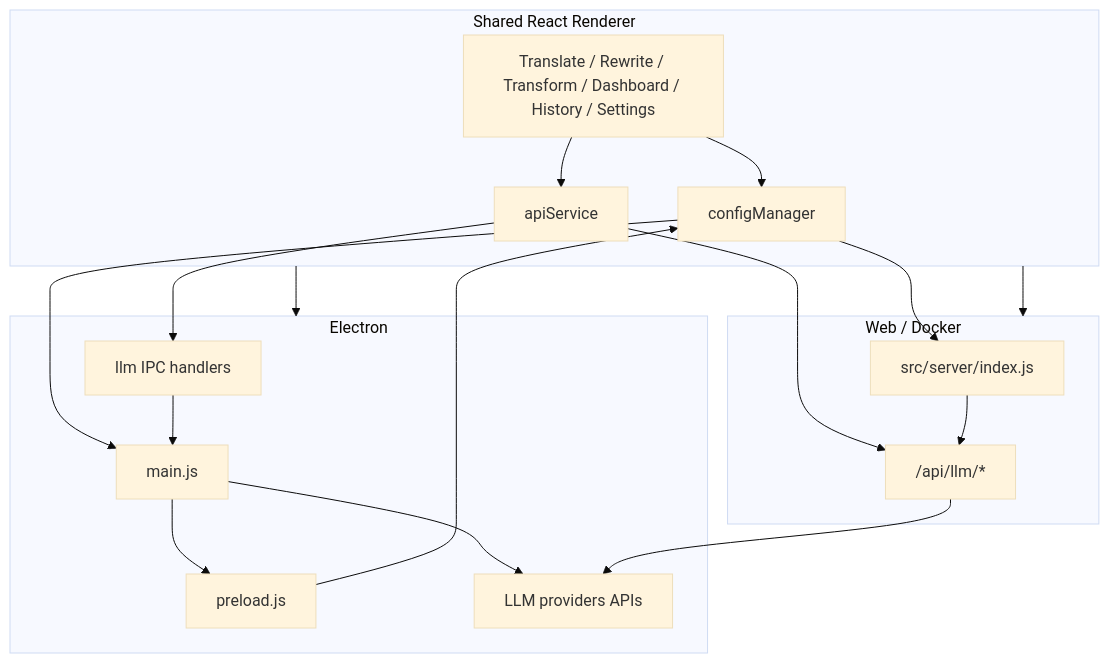
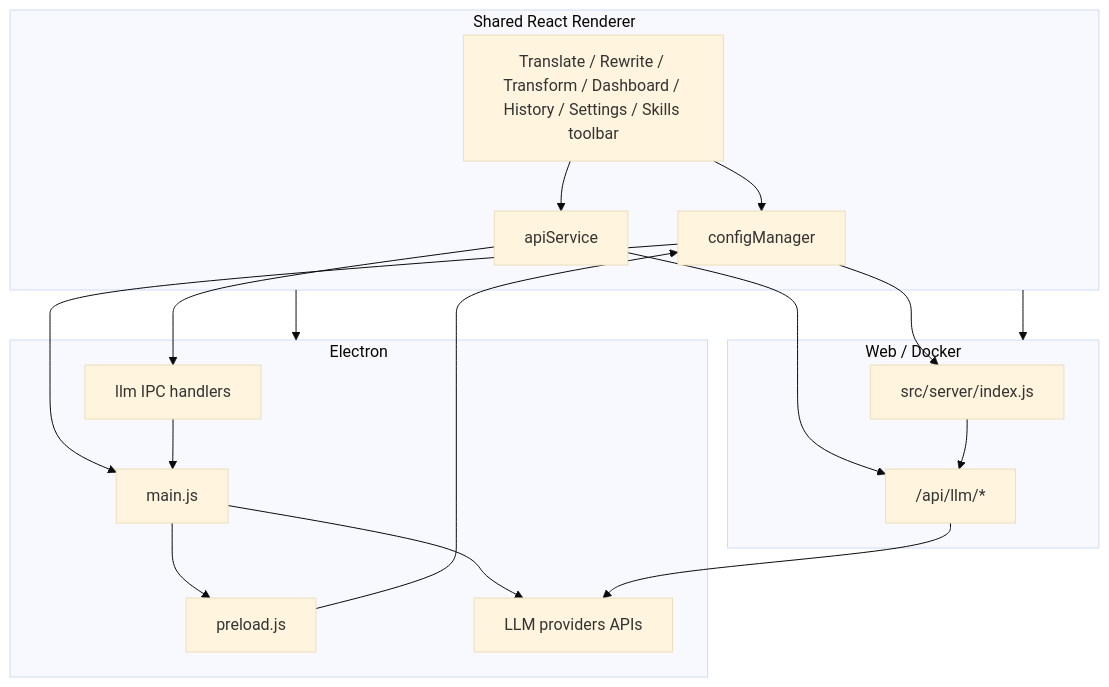
The diagram in dev/SYSTEM-OVERVIEW.md (wsj-br/transrewrt), drawn with Mermaid (base theme) before and after one commit. The commit also changed other lines of this file and 6 other files, not shown here.

````diff
--- a/dev/SYSTEM-OVERVIEW.md
+++ b/dev/SYSTEM-OVERVIEW.md
@@ -46,34 +50,34 @@
 ```mermaid
 flowchart TB
   subgraph renderer [Shared React Renderer]
-    UI[Translate / Rewrite / Transform / Dashboard / History / Settings]
+    UI[Translate / Rewrite / Transform / Dashboard / History / Settings / Skills toolbar]
     ConfigMgr[configManager]
     ApiSvc[apiService]
     UI --> ConfigMgr
     UI --> ApiSvc
   end
 
   subgraph electron [Electron]
     Main[main.js]
     Preload[preload.js]
     LlmIPC[llm IPC handlers]
     Main --> Preload
     Preload --> ConfigMgr
     ConfigMgr --> Main
     ApiSvc --> LlmIPC
     LlmIPC --> Main
     Main --> Providers[LLM providers APIs]
   end
 
   subgraph web [Web / Docker]
     Server[src/server/index.js]
     LlmRoutes["/api/llm/*"]
     ConfigMgr --> Server
     ApiSvc --> LlmRoutes
     Server --> LlmRoutes
     LlmRoutes --> Providers
   end
 
   renderer --> electron
   renderer --> web
 ```
````
